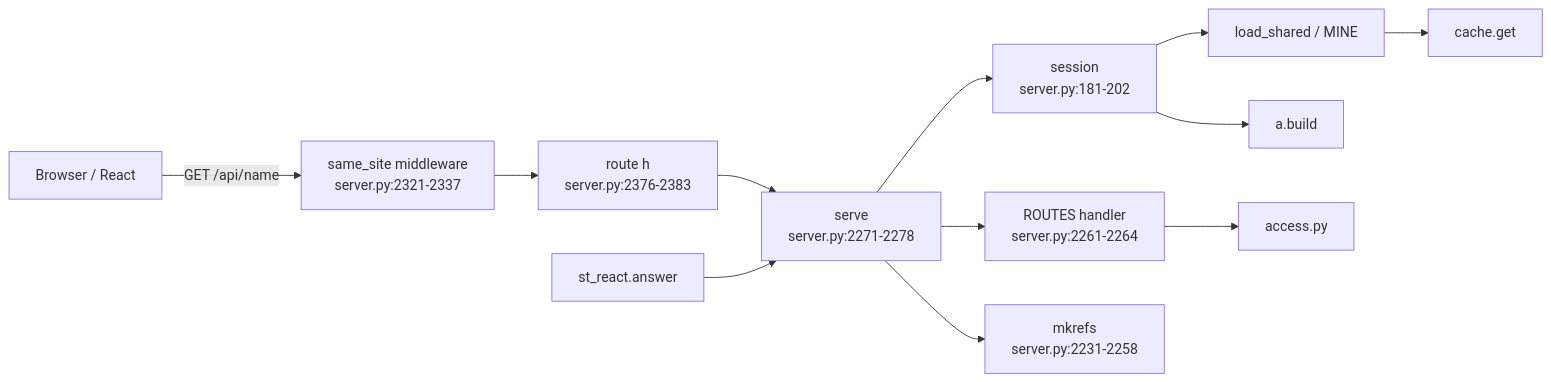
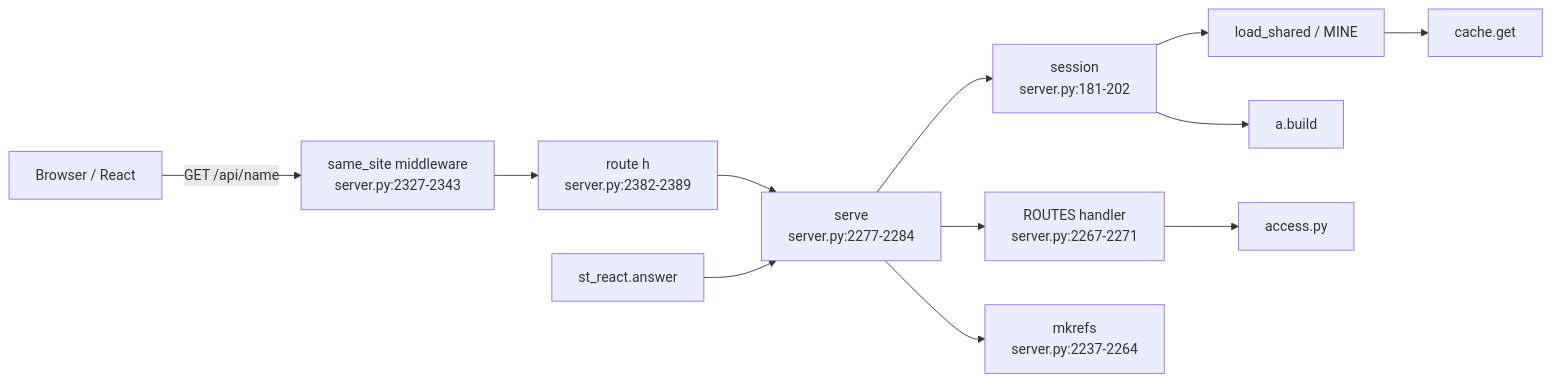
The first of 2 diagrams in snowflake-access-explorer-knowledge-graph/modules/server.md (darshanmeel/snowflake-access-explorer), drawn with Mermaid before and after one commit. The commit also changed other lines of this file and 62 other files, not shown here.

First line of the commit message:
Docs and knowledge graph for the SQL panel; section SQL leaves the app's own queries out like the tab

````diff
--- a/snowflake-access-explorer-knowledge-graph/modules/server.md
+++ b/snowflake-access-explorer-knowledge-graph/modules/server.md
@@ -6,14 +6,14 @@
 ```mermaid
 flowchart LR
-  B[Browser / React] -->|GET /api/name| MW[same_site middleware<br/>server.py:2321-2337]
-  MW --> R[route h<br/>server.py:2376-2383]
-  R --> SV[serve<br/>server.py:2271-2278]
+  B[Browser / React] -->|GET /api/name| MW[same_site middleware<br/>server.py:2327-2343]
+  MW --> R[route h<br/>server.py:2382-2389]
+  R --> SV[serve<br/>server.py:2277-2284]
   SV --> SE[session<br/>server.py:181-202]
   SE --> LS[load_shared / MINE]
   LS --> C[cache.get]
   SE --> AB[a.build]
-  SV --> H[ROUTES handler<br/>server.py:2261-2264]
+  SV --> H[ROUTES handler<br/>server.py:2267-2271]
   H --> A[access.py]
-  SV --> MK[mkrefs<br/>server.py:2231-2258]
+  SV --> MK[mkrefs<br/>server.py:2237-2264]
   ST[st_react.answer] --> SV
 ```
````
